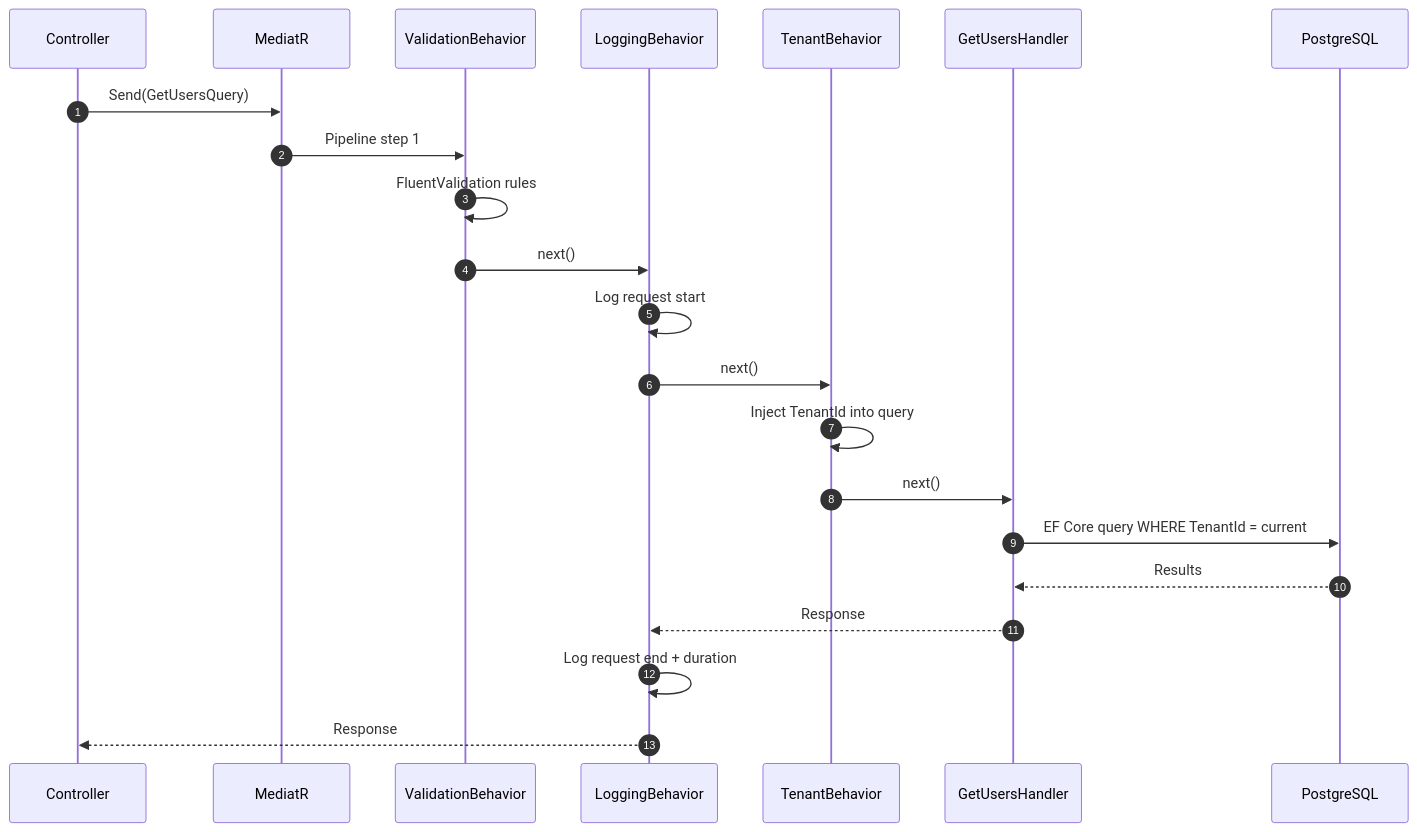
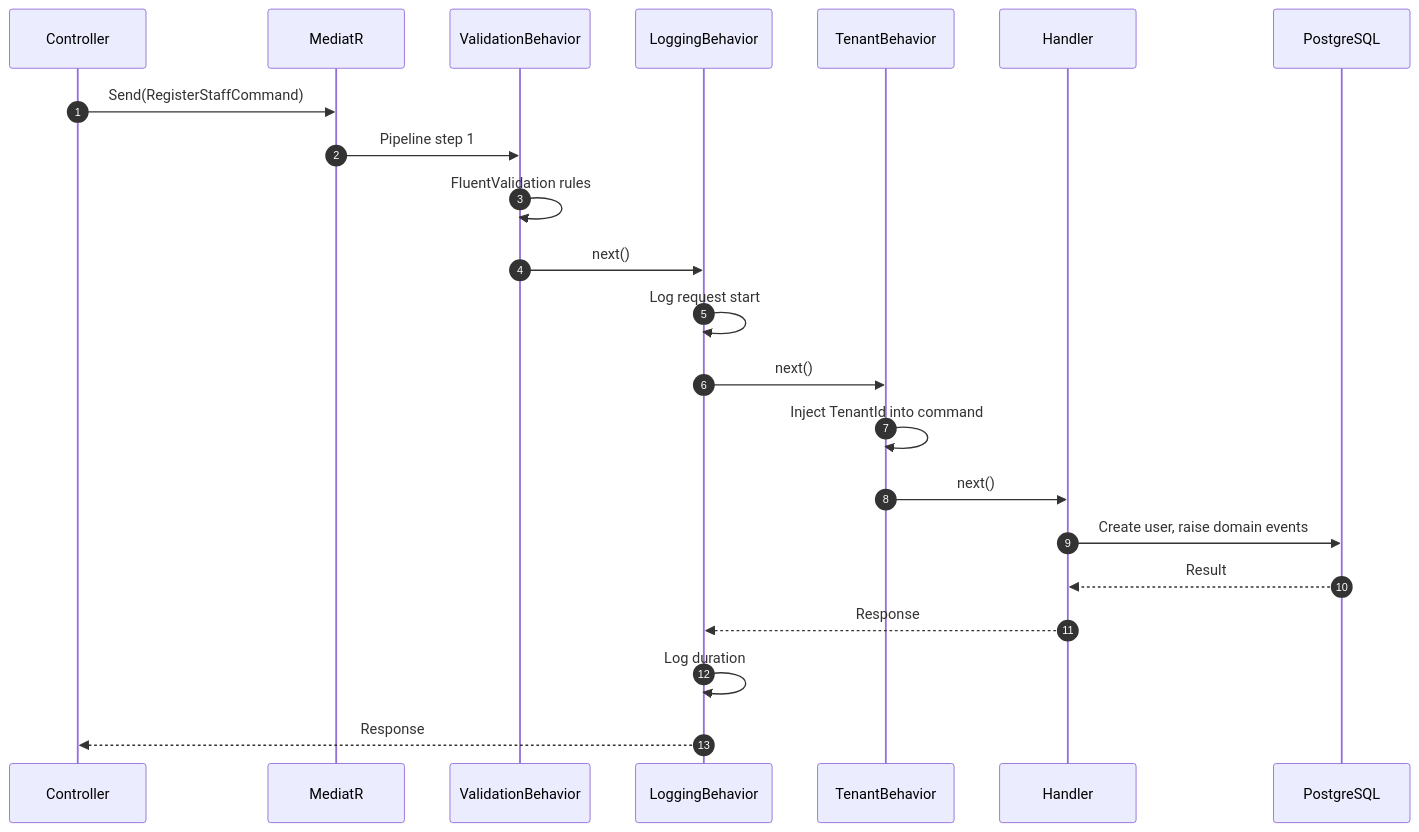
One commit to RaidenC/tai changed the fifth of 6 diagrams in conductor/knowledge-base/reference/design-patterns.md. Above: the diagram before and after it, drawn with Mermaid. The commit also changed other lines of this file and 39 other files, not shown here.

Commit message:
docs: restructure knowledge base, add design pattern mindmaps and expand dsa concepts

````diff
--- a/conductor/knowledge-base/reference/design-patterns.md
+++ b/conductor/knowledge-base/reference/design-patterns.md
@@ -459,25 +1001,25 @@
 ```mermaid
 sequenceDiagram
     autonumber
     participant C as Controller
     participant M as MediatR
     participant V as ValidationBehavior
     participant L as LoggingBehavior
     participant T as TenantBehavior
-    participant H as GetUsersHandler
+    participant H as Handler
     participant DB as PostgreSQL
 
-    C->>M: Send(GetUsersQuery)
+    C->>M: Send(RegisterStaffCommand)
     M->>V: Pipeline step 1
     V->>V: FluentValidation rules
     V->>L: next()
     L->>L: Log request start
     L->>T: next()
-    T->>T: Inject TenantId into query
+    T->>T: Inject TenantId into command
     T->>H: next()
-    H->>DB: EF Core query WHERE TenantId = current
-    DB-->>H: Results
+    H->>DB: Create user, raise domain events
+    DB-->>H: Result
     H-->>L: Response
-    L->>L: Log request end + duration
+    L->>L: Log duration
     L-->>C: Response
 ```
````
